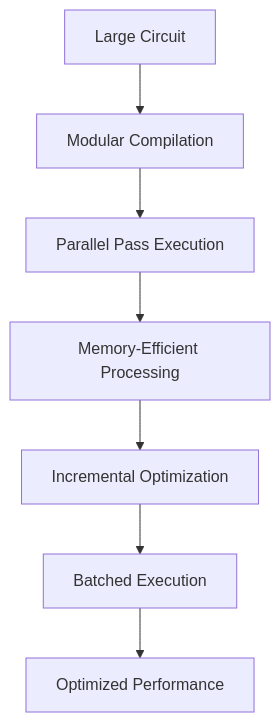
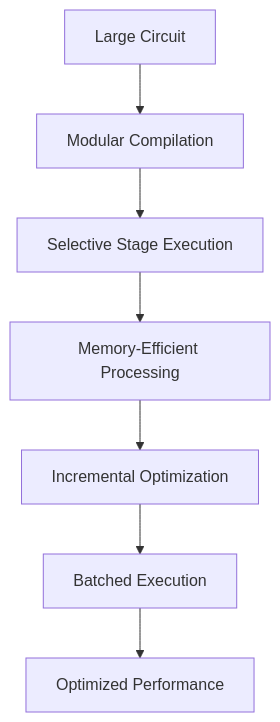
Diagram 14 of 14 in .qoder/repowiki/en/content/Core Framework Architecture/Compiler Pipeline/Compiler Pipeline.md (QureGenAI-Biotech/TyxonQ), drawn with Mermaid before and after one commit. The commit also changed other lines of this file and 516 other files, not shown here.

````diff
--- a/.qoder/repowiki/en/content/Core Framework Architecture/Compiler Pipeline/Compiler Pipeline.md
+++ b/.qoder/repowiki/en/content/Core Framework Architecture/Compiler Pipeline/Compiler Pipeline.md
@@ -570,9 +440,9 @@
 ```mermaid
 flowchart TD
 A[Large Circuit] --> B[Modular Compilation]
-B --> C[Parallel Pass Execution]
+B --> C[Selective Stage Execution]
 C --> D[Memory-Efficient Processing]
 D --> E[Incremental Optimization]
 E --> F[Batched Execution]
 F --> G[Optimized Performance]
 ```
````
